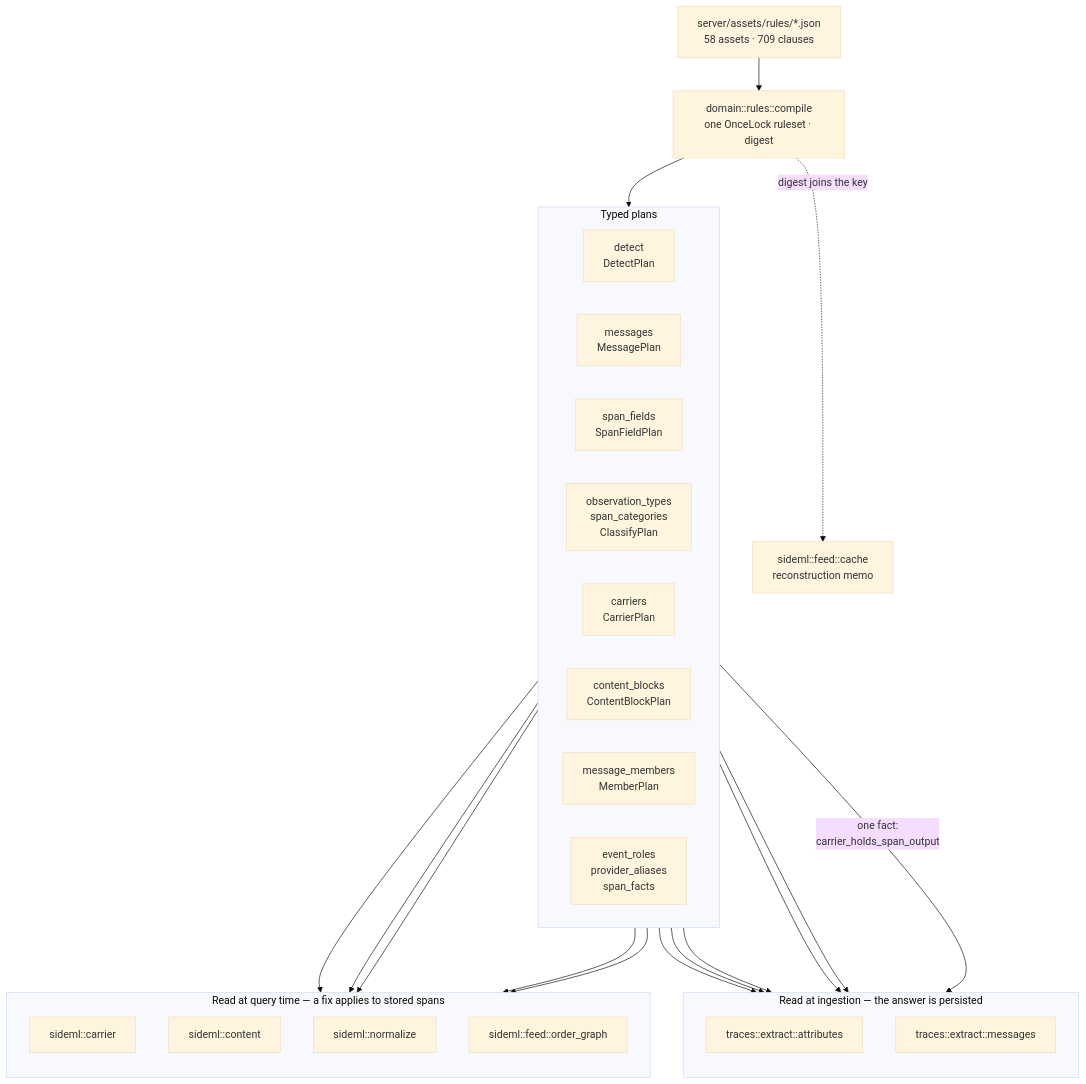
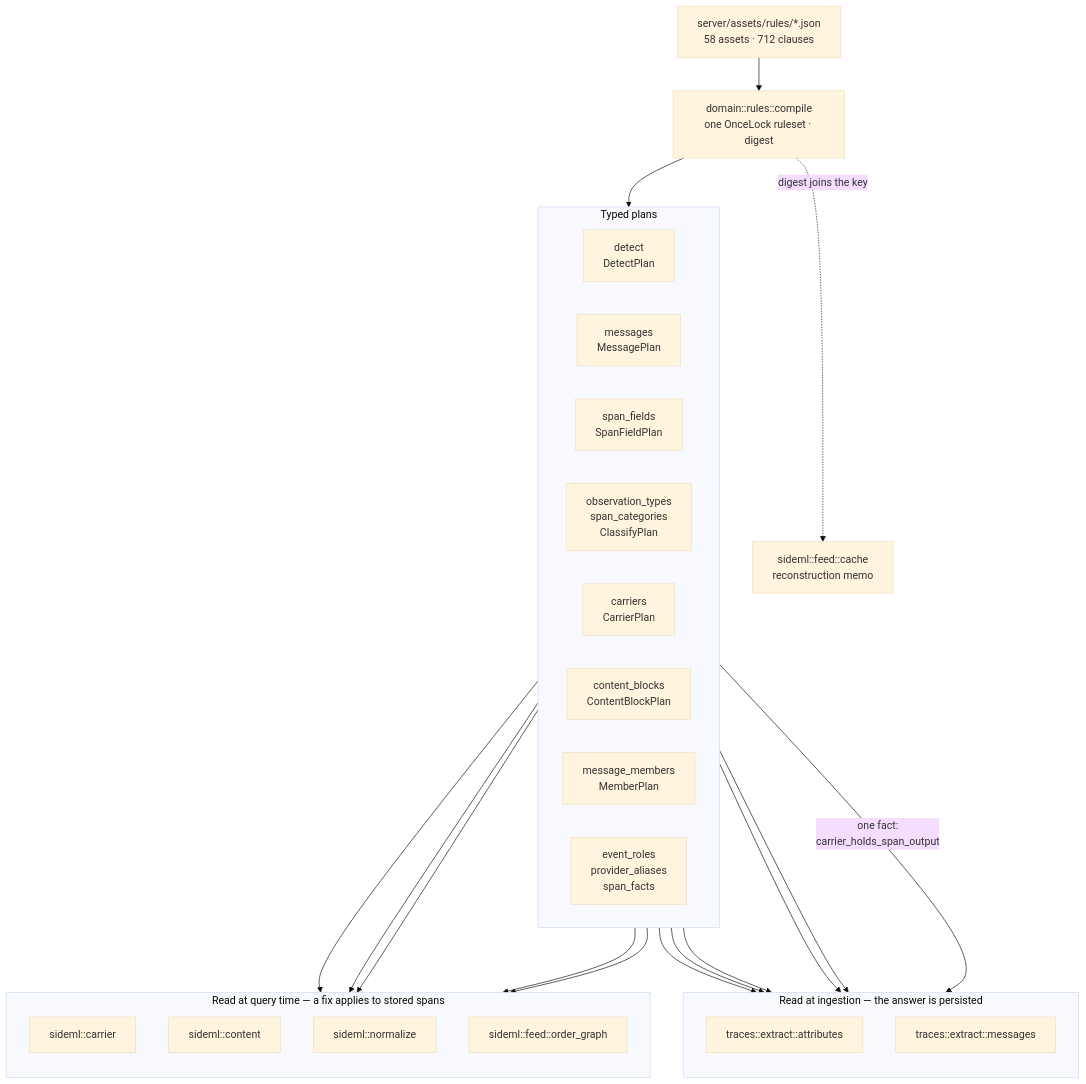
The first of 7 diagrams in docs/engineering/architecture-diagrams.md (sideseat/sideseat), drawn with Mermaid (base theme) before and after one commit. The commit also changed 73 other files, not shown here.

````diff
--- a/docs/engineering/architecture-diagrams.md
+++ b/docs/engineering/architecture-diagrams.md
@@ -18,47 +18,47 @@
 ```mermaid
 flowchart TB
-    assets["server/assets/rules/*.json<br/>58 assets · 709 clauses"]
+    assets["server/assets/rules/*.json<br/>58 assets · 712 clauses"]
     compile["domain::rules::compile<br/>one OnceLock ruleset · digest"]
     assets --> compile
 
     subgraph plans["Typed plans"]
         direction LR
         detect["detect<br/>DetectPlan"]
         messages["messages<br/>MessagePlan"]
         fields["span_fields<br/>SpanFieldPlan"]
         classify["observation_types<br/>span_categories<br/>ClassifyPlan"]
         carriers["carriers<br/>CarrierPlan"]
         blocks["content_blocks<br/>ContentBlockPlan"]
         members["message_members<br/>MemberPlan"]
         roles["event_roles<br/>provider_aliases<br/>span_facts"]
     end
     compile --> plans
 
     subgraph ingest["Read at ingestion — the answer is persisted"]
         direction TB
         attrs["traces::extract::attributes"]
         msgs["traces::extract::messages"]
     end
 
     subgraph query["Read at query time — a fix applies to stored spans"]
         direction TB
         carrier["sideml::carrier"]
         content["sideml::content"]
         normalize["sideml::normalize"]
         order["sideml::feed::order_graph"]
     end
 
     detect --> attrs
     fields --> attrs
     classify --> attrs
     roles --> attrs
     messages --> msgs
     carriers -->|"one fact:<br/>carrier_holds_span_output"| msgs
     carriers --> carrier
     carriers --> order
     blocks --> content
     members --> content
     roles --> normalize
 
     compile -. "digest joins the key" .-> cache["sideml::feed::cache<br/>reconstruction memo"]
 ```
````
